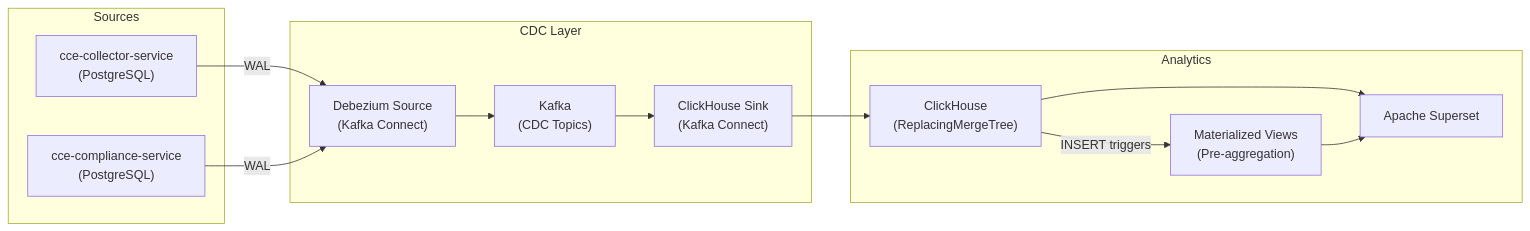
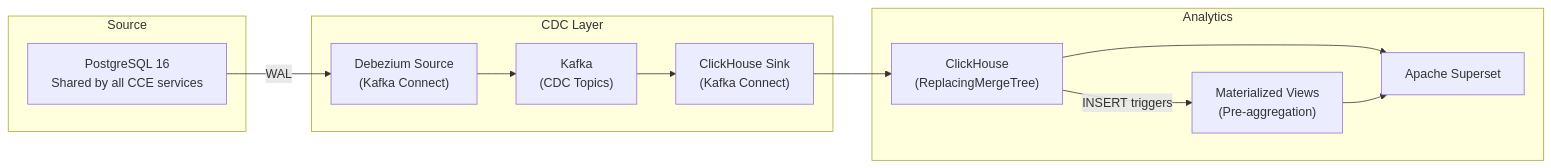
One commit to Jayaprakash8887/cce-data-pipeline changed the first of 2 diagrams in docs/data-flow.md. Above: the diagram before and after it, drawn with Mermaid. The commit also changed other lines of this file and 9 other files, not shown here.

Commit message:
docs: update documentation for CDC architecture and ClickHouse integration, including table ownership and materialized views

````diff
--- a/docs/data-flow.md
+++ b/docs/data-flow.md
@@ -7,28 +7,26 @@
 ```mermaid
 flowchart LR
-    subgraph Sources
-        PG1["cce-collector-service<br/>(PostgreSQL)"]
-        PG2["cce-compliance-service<br/>(PostgreSQL)"]
+    subgraph Source
+        PG["PostgreSQL 16<br/>Shared by all CCE services"]
     end
 
     subgraph CDC Layer
         DEB["Debezium Source<br/>(Kafka Connect)"]
         KAFKA["Kafka<br/>(CDC Topics)"]
         SINK["ClickHouse Sink<br/>(Kafka Connect)"]
     end
 
     subgraph Analytics
         CH["ClickHouse<br/>(ReplacingMergeTree)"]
         MV["Materialized Views<br/>(Pre-aggregation)"]
         SS["Apache Superset"]
     end
 
-    PG1 -->|WAL| DEB
-    PG2 -->|WAL| DEB
+    PG -->|WAL| DEB
     DEB --> KAFKA
     KAFKA --> SINK
     SINK --> CH
     CH -->|INSERT triggers| MV
     CH --> SS
     MV --> SS
 ```
````
